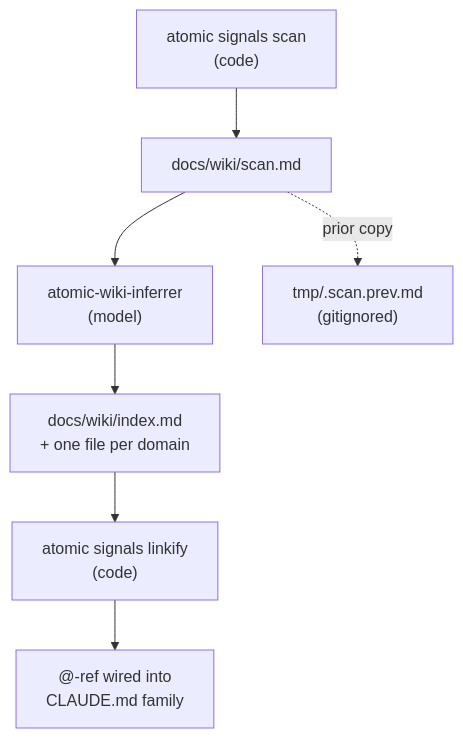
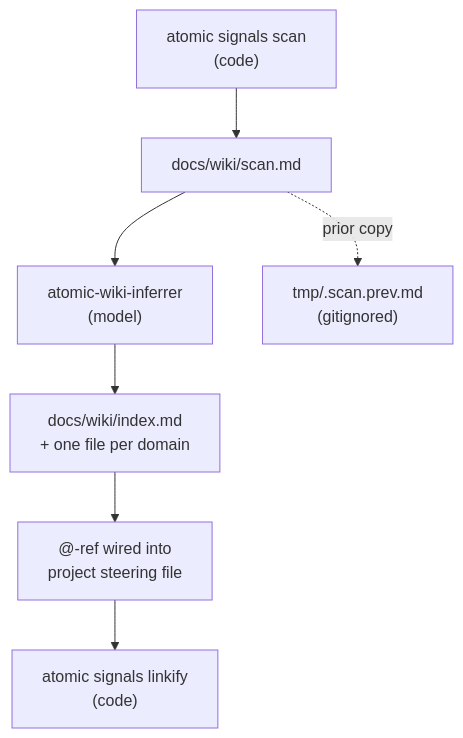
One commit to damusix/atomic-claude changed the first of 3 diagrams in docs/wiki/signals.md. Above: the diagram before and after it, drawn with Mermaid. The commit also changed other lines of this file and 11 other files, not shown here.

````diff
--- a/docs/wiki/signals.md
+++ b/docs/wiki/signals.md
@@ -30,9 +31,9 @@
 ```mermaid
 flowchart TD
     A["atomic signals scan<br/>(code)"] --> B["docs/wiki/scan.md"]
     B --> C["atomic-wiki-inferrer<br/>(model)"]
     C --> D["docs/wiki/index.md<br/>+ one file per domain"]
-    D --> E["atomic signals linkify<br/>(code)"]
-    E --> F["@-ref wired into<br/>CLAUDE.md family"]
+    D --> F["@-ref wired into<br/>project steering file"]
+    F --> E["atomic signals linkify<br/>(code)"]
     B -.prior copy.-> G["tmp/.scan.prev.md<br/>(gitignored)"]
 ```
````
